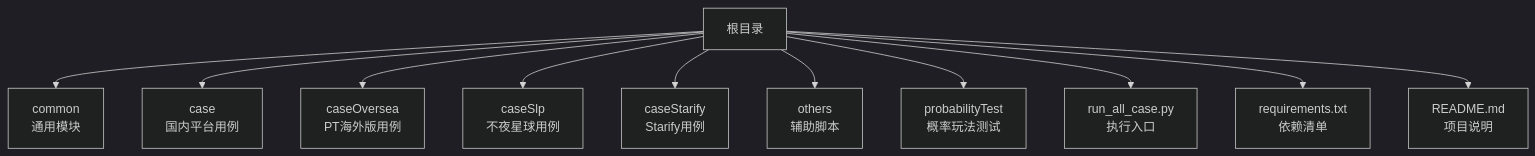
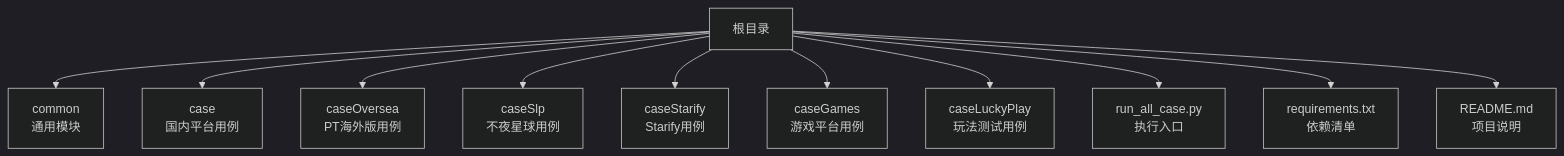
One commit to liximing1-ola/qa-payTest changed the first of 7 diagrams in .qoder/repowiki/zh/content/项目概述.md. Above: the diagram before and after it, drawn with Mermaid (dark theme). The commit also changed other lines of this file and 13 other files, not shown here.

````diff
--- a/.qoder/repowiki/zh/content/项目概述.md
+++ b/.qoder/repowiki/zh/content/项目概述.md
@@ -55,13 +65,13 @@
 ```mermaid
 graph TB
 A["根目录"] --> B["common<br/>通用模块"]
 A --> C["case<br/>国内平台用例"]
 A --> D["caseOversea<br/>PT海外版用例"]
 A --> E["caseSlp<br/>不夜星球用例"]
 A --> F["caseStarify<br/>Starify用例"]
-A --> G["others<br/>辅助脚本"]
-A --> H["probabilityTest<br/>概率玩法测试"]
+A --> G["caseGames<br/>游戏平台用例"]
+A --> H["caseLuckyPlay<br/>玩法测试用例"]
 A --> I["run_all_case.py<br/>执行入口"]
 A --> J["requirements.txt<br/>依赖清单"]
 A --> K["README.md<br/>项目说明"]
 ```
````
